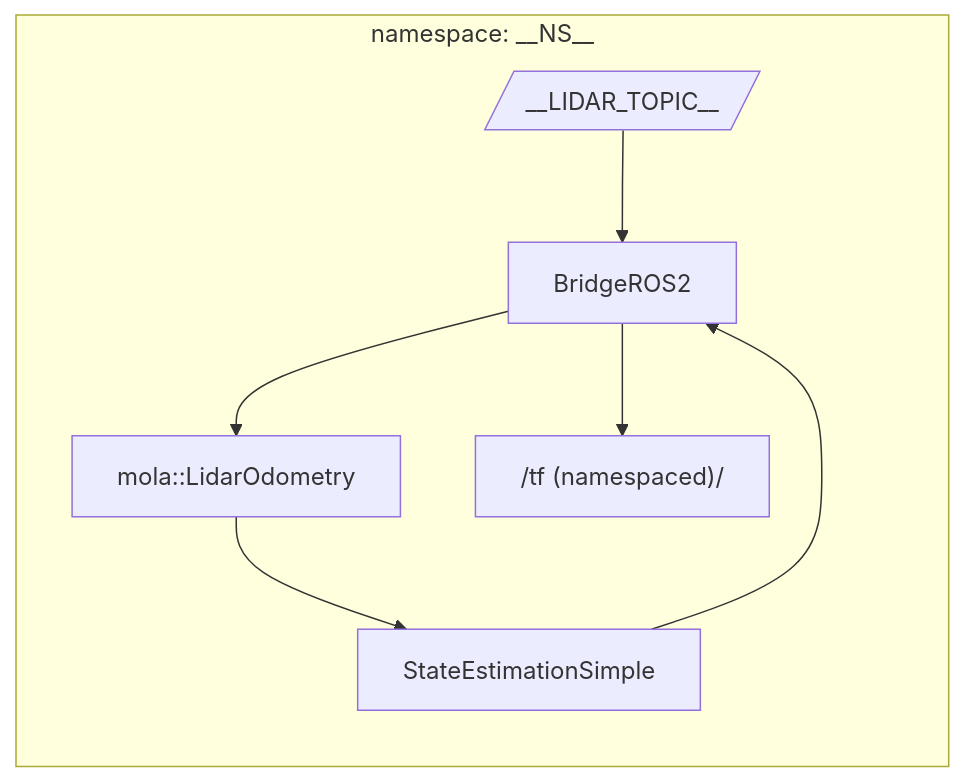
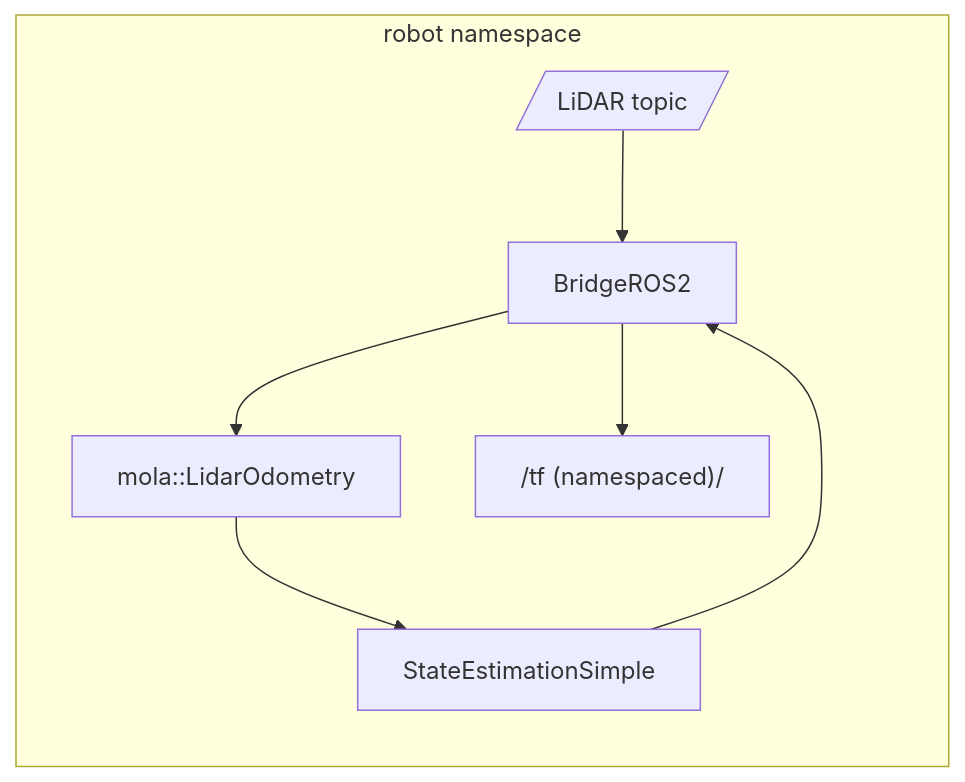
One commit to ros2-gbp/mola-release changed the sixth of 11 diagrams in docs/source/mola_ros2_configurations.rst. Above: the diagram before and after it, drawn with Mermaid. The commit also changed other lines of this file and 119 other files, not shown here.

```diff
--- a/docs/source/mola_ros2_configurations.rst
+++ b/docs/source/mola_ros2_configurations.rst
@@ -342,13 +373,13 @@
 .. mermaid::
 
    flowchart LR
-     subgraph NS["namespace: __NS__"]
-       lidar[/"__LIDAR_TOPIC__"/]
+     subgraph NS["robot namespace"]
+       lidar[/"LiDAR topic"/]
        tfns["/tf (namespaced)/"]
        bridge[BridgeROS2]
        lo[mola::LidarOdometry]
        se[StateEstimationSimple]
      end
      lidar --> bridge
      bridge --> lo --> se --> bridge
      bridge --> tfns
```
